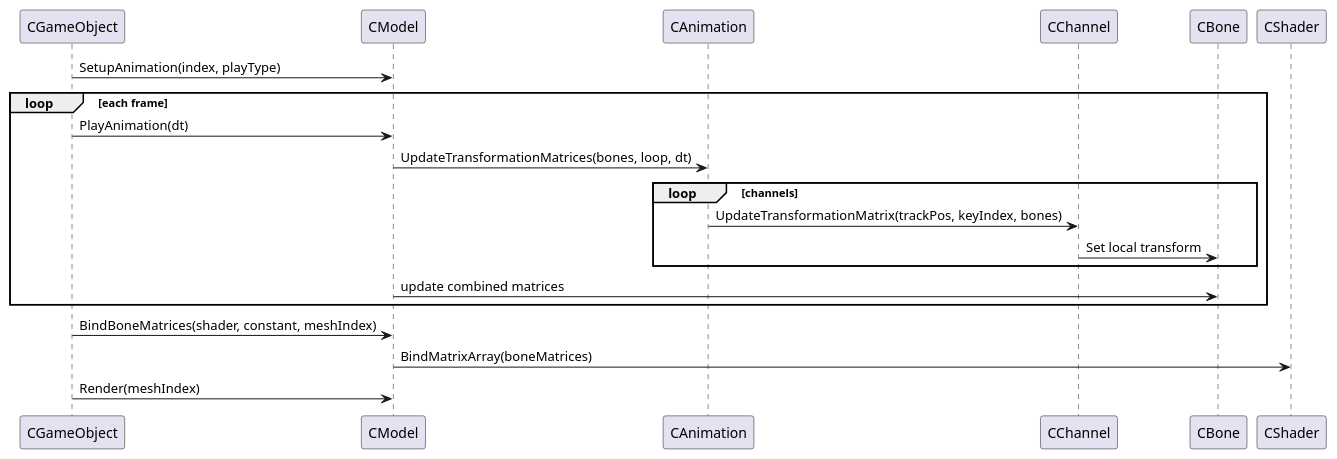
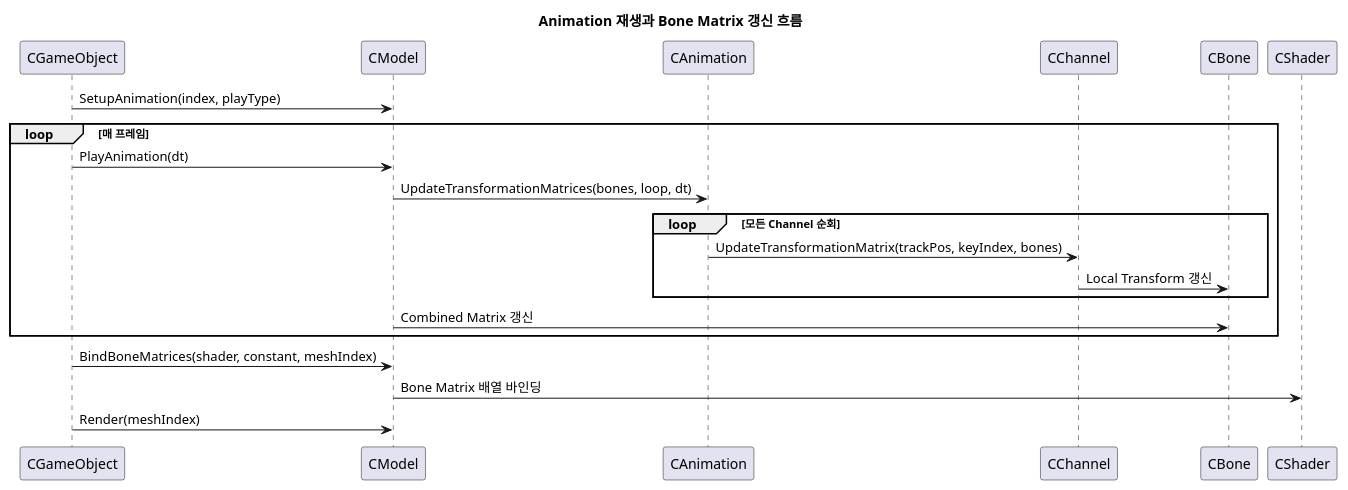
Before and after one commit to starkshn/md-docs: the diagram in shared/uml/AnimationPlaybackSequence.puml, drawn with PlantUML. The commit also changed 24 other files, not shown here.

Commit message:
docs: localize PlantUML labels to Korean

```diff
--- a/shared/uml/AnimationPlaybackSequence.puml
+++ b/shared/uml/AnimationPlaybackSequence.puml
@@ -1,22 +1,24 @@
 @startuml
+title Animation 재생과 Bone Matrix 갱신 흐름
+
 participant CGameObject as Obj
 participant CModel as Model
 participant CAnimation as Anim
 participant CChannel as Channel
 participant CBone as Bone
 participant CShader as Shader
 
 Obj -> Model : SetupAnimation(index, playType)
-loop each frame
+loop 매 프레임
   Obj -> Model : PlayAnimation(dt)
   Model -> Anim : UpdateTransformationMatrices(bones, loop, dt)
-  loop channels
+  loop 모든 Channel 순회
     Anim -> Channel : UpdateTransformationMatrix(trackPos, keyIndex, bones)
-    Channel -> Bone : Set local transform
+    Channel -> Bone : Local Transform 갱신
   end
-  Model -> Bone : update combined matrices
+  Model -> Bone : Combined Matrix 갱신
 end
 Obj -> Model : BindBoneMatrices(shader, constant, meshIndex)
-Model -> Shader : BindMatrixArray(boneMatrices)
+Model -> Shader : Bone Matrix 배열 바인딩
 Obj -> Model : Render(meshIndex)
 @enduml
```
